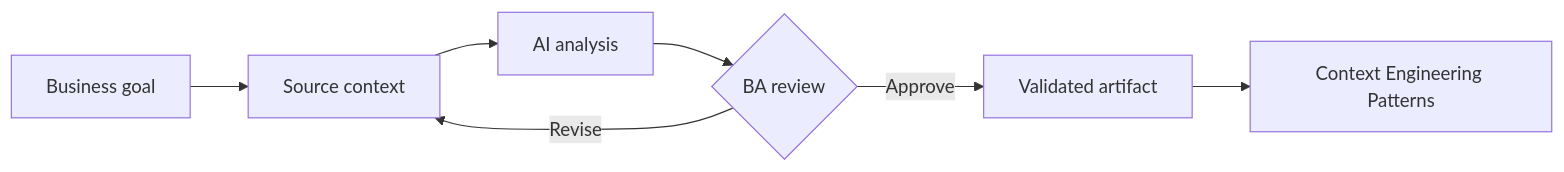
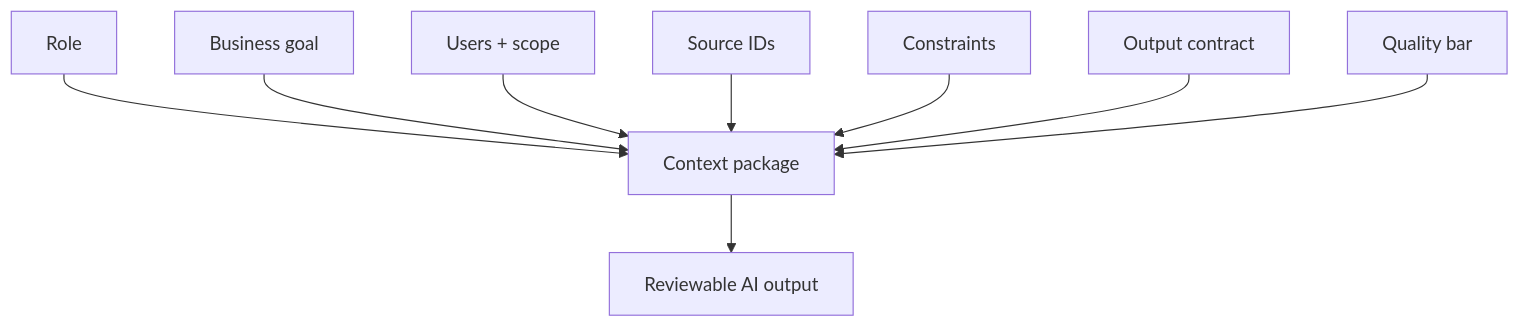
One commit to anhtnt90dev/ai-for-ba changed the diagram in docs/en/lessons/context-engineering-patterns/index.md. Above: the diagram before and after it, drawn with Mermaid. The commit also changed other lines of this file and 64 other files, not shown here.

````diff
--- a/docs/en/lessons/context-engineering-patterns/index.md
+++ b/docs/en/lessons/context-engineering-patterns/index.md
@@ -39,9 +38,11 @@
 ```mermaid
-flowchart LR
-    A["Business goal"] --> B["Source context"]
-    B --> C["AI analysis"]
-    C --> D{"BA review"}
-    D -->|"Revise"| B
-    D -->|"Approve"| E["Validated artifact"]
-    E --> F["Context Engineering Patterns"]
+flowchart TD
+    A["Role"] --> H["Context package"]
+    B["Business goal"] --> H
+    C["Users + scope"] --> H
+    D["Source IDs"] --> H
+    E["Constraints"] --> H
+    F["Output contract"] --> H
+    G["Quality bar"] --> H
+    H --> I["Reviewable AI output"]
 ```
````
